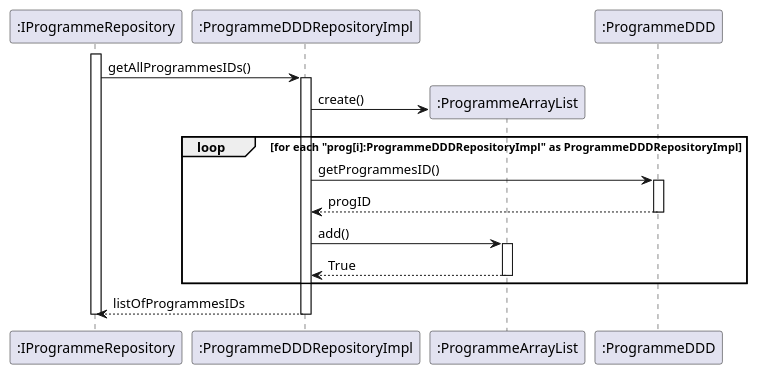
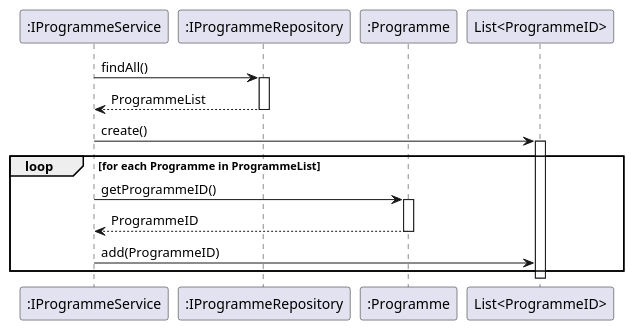
The diagram in docs/US17/references/getAllProgrammeIDs.puml (GasparISEP/DevOps-PAI), drawn with PlantUML before and after one commit.

Commit message:
[docs]: Update getAllProgrammeIDs.puml sequence diagram REF to reflect JPA SB, #365 #348 #393 #400

```diff
--- a/docs/US17/references/getAllProgrammeIDs.puml
+++ b/docs/US17/references/getAllProgrammeIDs.puml
@@ -1,26 +1,25 @@
 @startuml
+participant ":IProgrammeService" as ProgrammeService
 participant ":IProgrammeRepository" as ProgrammeRepository
+participant ":Programme" as Programme
+participant "List<ProgrammeID>" as ProgrammeIDList
+
+ProgrammeService -> ProgrammeRepository : findAll()
 activate ProgrammeRepository
-participant ":ProgrammeDDDRepositoryImpl" as ProgrammeDDDRepositoryImpl
-ProgrammeRepository -> ProgrammeDDDRepositoryImpl : getAllProgrammesIDs()
-activate ProgrammeDDDRepositoryImpl
+ProgrammeRepository --> ProgrammeService : ProgrammeList
+deactivate ProgrammeRepository
 
-create ":ProgrammeArrayList"
-ProgrammeDDDRepositoryImpl -> ":ProgrammeArrayList": create()
-participant ":ProgrammeDDD" as ProgrammeDDD
-loop for each "prog[i]:ProgrammeDDDRepositoryImpl" as ProgrammeDDDRepositoryImpl
-ProgrammeDDDRepositoryImpl -> ProgrammeDDD :  getProgrammesID()
-participant ":ProgrammeDDD" as ProgrammeDDD
-activate ProgrammeDDD
-ProgrammeDDD --> ProgrammeDDDRepositoryImpl : progID
-deactivate ProgrammeDDD
-ProgrammeDDDRepositoryImpl -> ":ProgrammeArrayList" :  add()
-activate ":ProgrammeArrayList"
-":ProgrammeArrayList" --> ProgrammeDDDRepositoryImpl: True
-deactivate ":ProgrammeArrayList"
+ProgrammeService -> ProgrammeIDList : create()
+activate ProgrammeIDList
+
+loop for each Programme in ProgrammeList
+    ProgrammeService -> Programme : getProgrammeID()
+    activate Programme
+    Programme --> ProgrammeService : ProgrammeID
+    deactivate Programme
+
+    ProgrammeService -> ProgrammeIDList : add(ProgrammeID)
 end
 
-ProgrammeDDDRepositoryImpl --> ProgrammeRepository : listOfProgrammesIDs
-deactivate ProgrammeDDDRepositoryImpl
-deactivate ProgrammeRepository
+deactivate ProgrammeIDList
 @enduml
```
